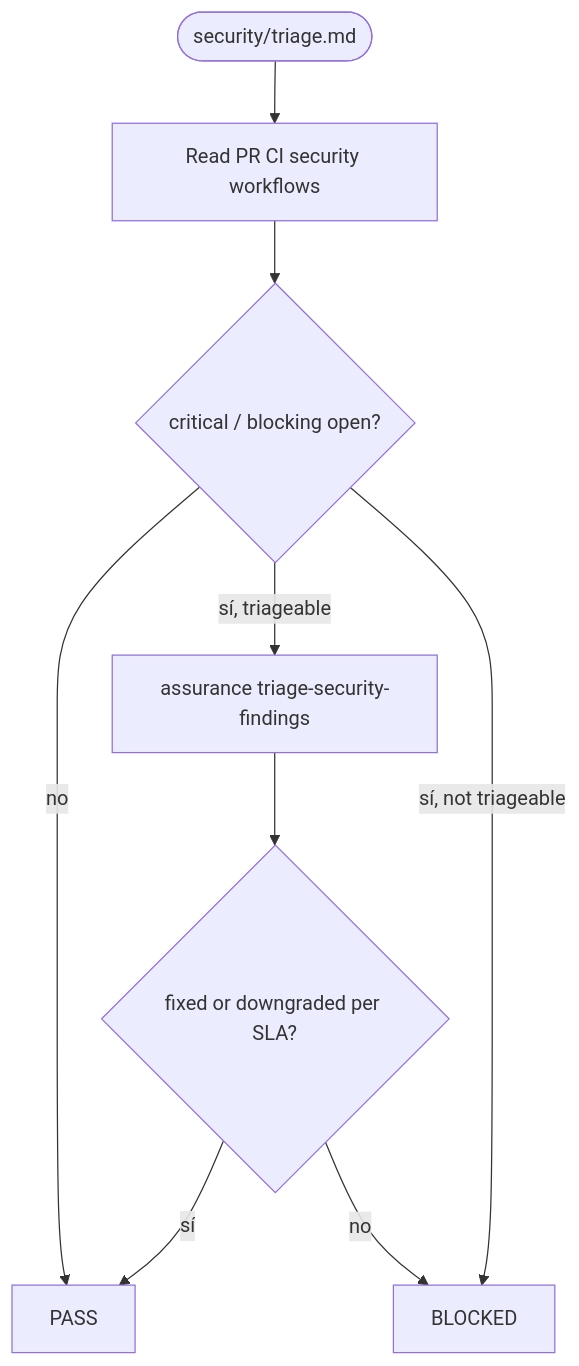
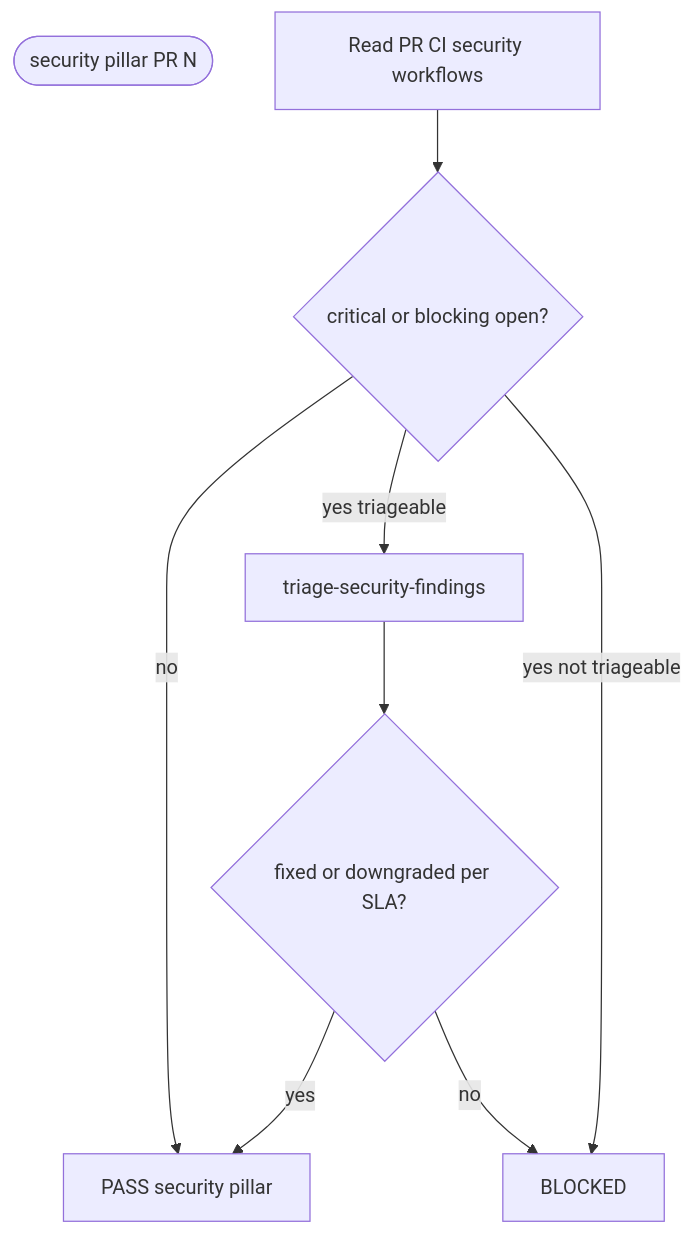
The first of 2 diagrams in toolkits/assurance-toolkit/references/security/triage.md (chimeranext/better-toolkits), drawn with Mermaid before and after one commit. The commit also changed 4 other files, not shown here.

First line of the commit message:
docs(assurance): align triage hub with governance PR gate spec

````diff
--- a/toolkits/assurance-toolkit/references/security/triage.md
+++ b/toolkits/assurance-toolkit/references/security/triage.md
@@ -12,11 +12,12 @@
 ```mermaid
 flowchart TD
-  start([security/triage.md]) --> c1[Read PR CI security workflows]
-  c1 --> c2{critical / blocking open?}
-  c2 -->|no| p[PASS]
-  c2 -->|sí, triageable| t[assurance triage-security-findings]
-  t --> c3{fixed or downgraded per SLA?}
-  c3 -->|no| b[BLOCKED]
-  c3 -->|sí| p
-  c2 -->|sí, not triageable| b
+  start(["security pillar PR N"])
+  c1["Read PR CI security workflows"]
+  c1 --> c2{"critical or blocking open?"}
+  c2 -->|no| p["PASS security pillar"]
+  c2 -->|yes triageable| t["triage-security-findings"]
+  t --> c3{"fixed or downgraded per SLA?"}
+  c3 -->|no| b["BLOCKED"]
+  c3 -->|yes| p
+  c2 -->|yes not triageable| b
 ```
````
